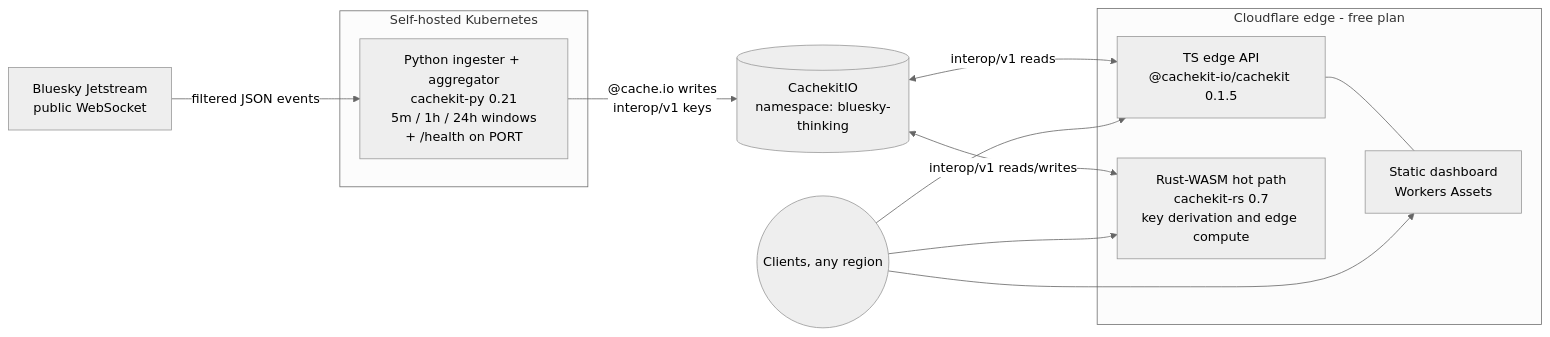
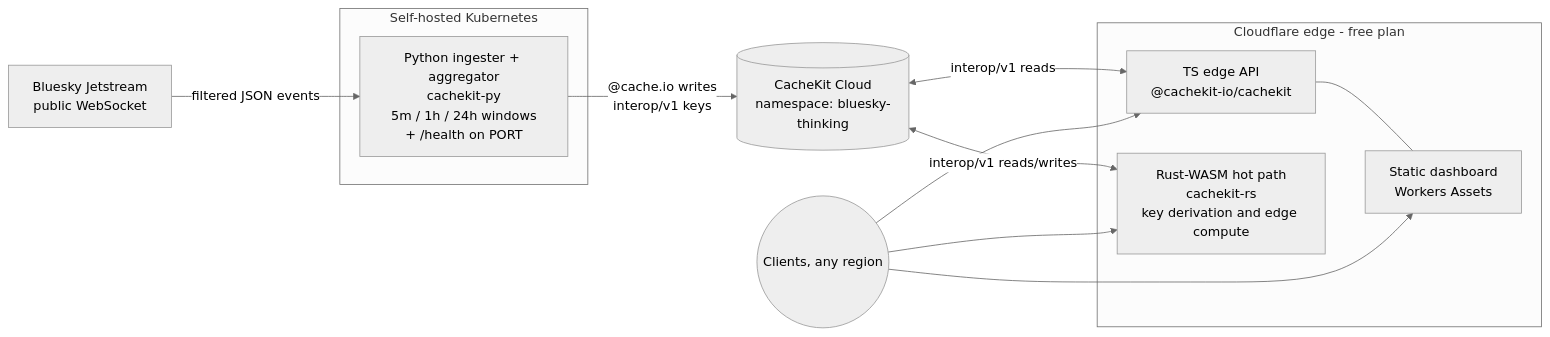
Before and after one commit to cachekit-io/bluesky-thinking: the diagram in README.md, drawn with Mermaid (neutral theme). The commit also changed other lines of this file and 8 other files, not shown here.

Commit message:
docs: name the hosted service CacheKit Cloud and state shipped defaults (LAB-12494) (#53)

````diff
--- a/README.md
+++ b/README.md
@@ -33,21 +33,21 @@
 ```mermaid
 flowchart LR
     JS[Bluesky Jetstream\npublic WebSocket] -->|filtered JSON events| ING
 
     subgraph Self-hosted Kubernetes
-        ING[Python ingester + aggregator\ncachekit-py 0.21\n5m / 1h / 24h windows\n+ /health on PORT]
+        ING[Python ingester + aggregator\ncachekit-py\n5m / 1h / 24h windows\n+ /health on PORT]
     end
 
-    ING -->|"@cache.io writes\ninterop/v1 keys"| CK[(CachekitIO\nnamespace: bluesky-thinking)]
+    ING -->|"@cache.io writes\ninterop/v1 keys"| CK[(CacheKit Cloud\nnamespace: bluesky-thinking)]
 
     subgraph Cloudflare edge - free plan
-        API[TS edge API\n@cachekit-io/cachekit 0.1.5]
-        WASM[Rust-WASM hot path\ncachekit-rs 0.7\nkey derivation and edge compute]
+        API[TS edge API\n@cachekit-io/cachekit]
+        WASM[Rust-WASM hot path\ncachekit-rs\nkey derivation and edge compute]
         DASH[Static dashboard\nWorkers Assets]
     end
 
     CK <-->|interop/v1 reads| API
     CK <-->|interop/v1 reads/writes| WASM
     API --- DASH
     Browser((Clients, any region)) --> DASH & API & WASM
 ```
````
